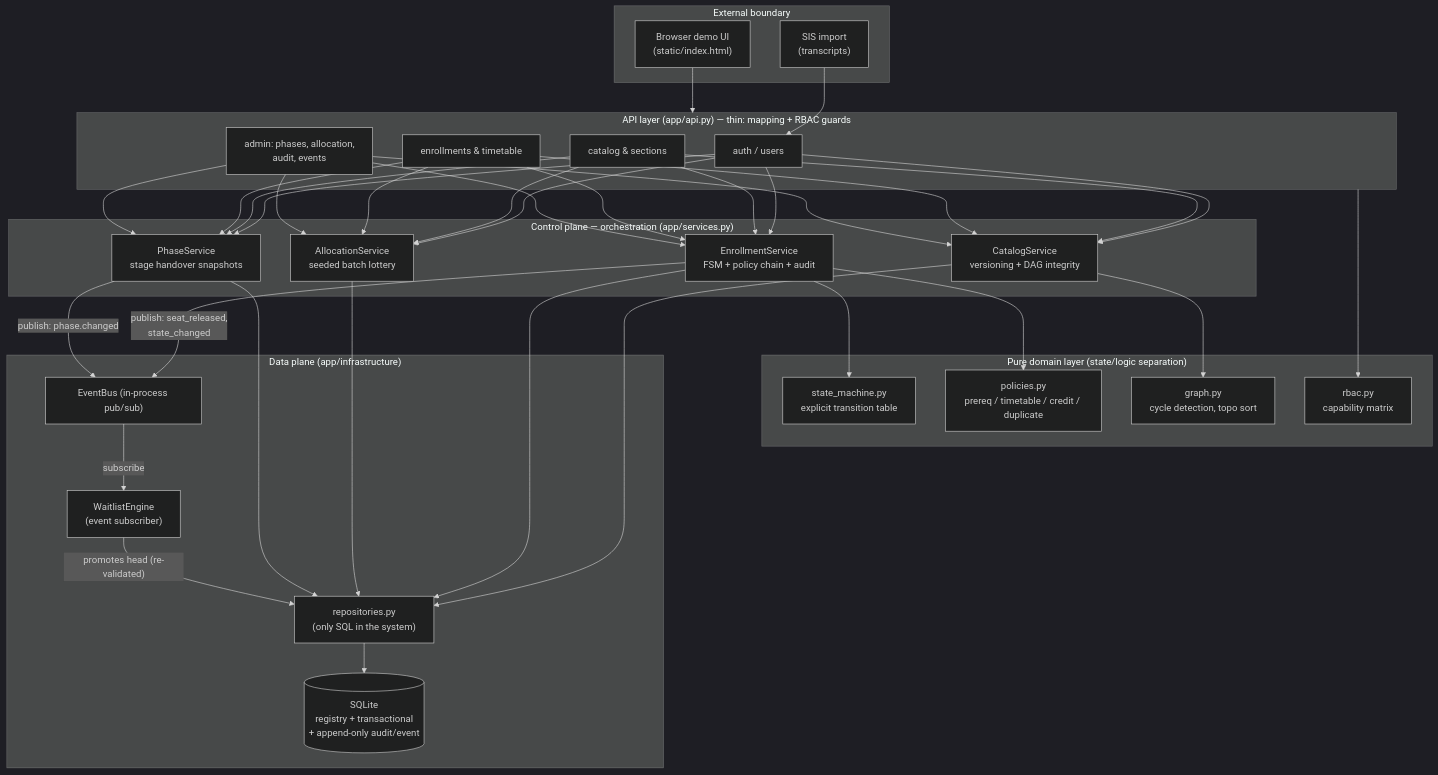
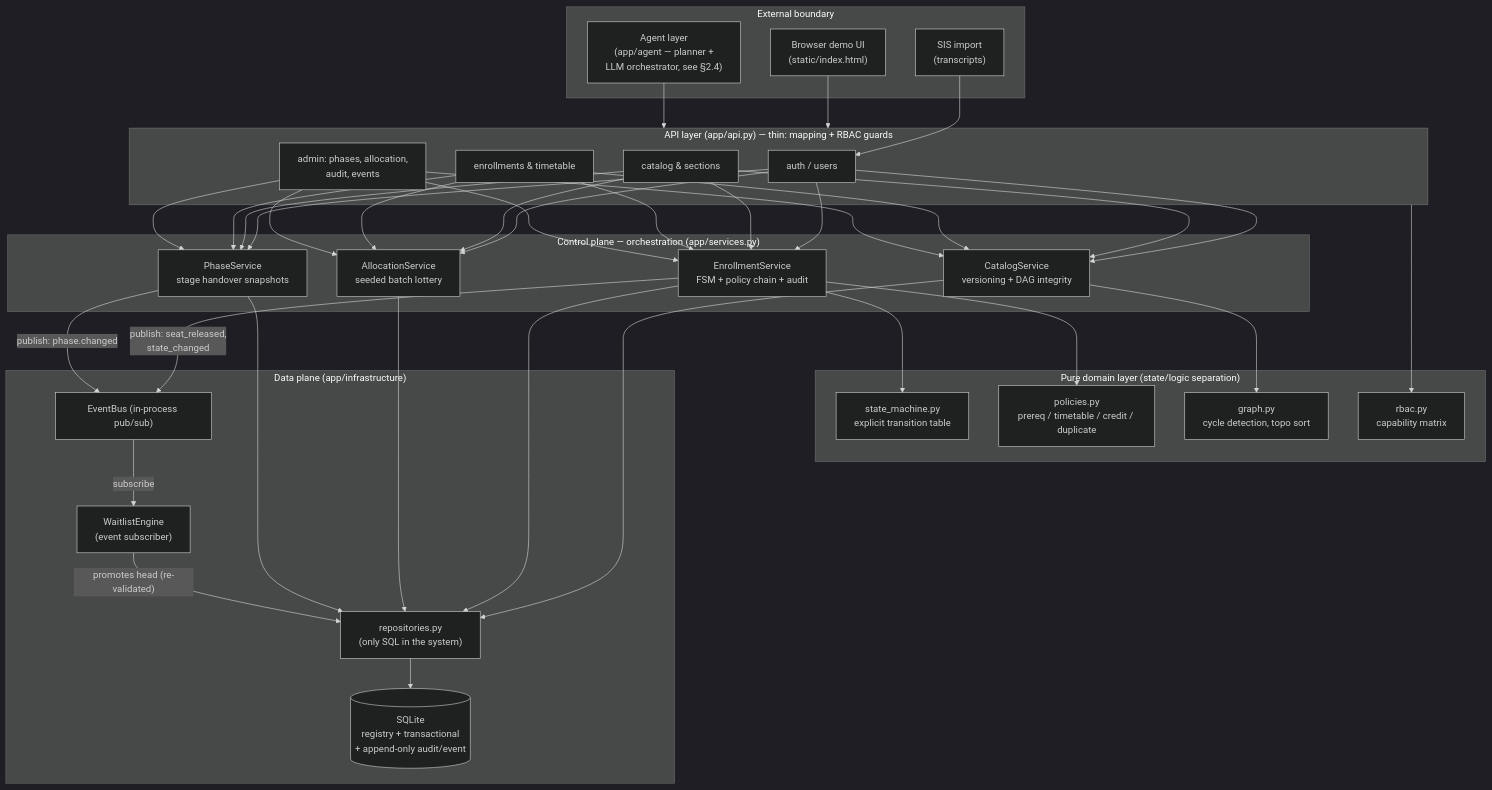
The first of 6 diagrams in docs/report.md (yuedu16night/courseflow), drawn with Mermaid (dark theme) before and after one commit. The commit also changed other lines of this file and 14 other files, not shown here.

````diff
--- a/docs/report.md
+++ b/docs/report.md
@@ -102,49 +107,51 @@
 ```mermaid
 flowchart TB
     subgraph Clients["External boundary"]
         UI["Browser demo UI<br/>(static/index.html)"]
+        AGENT["Agent layer<br/>(app/agent — planner +<br/>LLM orchestrator, see §2.4)"]
         SIS["SIS import<br/>(transcripts)"]
     end
 
     subgraph API["API layer (app/api.py) — thin: mapping + RBAC guards"]
         R1["auth / users"]
         R2["catalog & sections"]
         R3["enrollments & timetable"]
         R4["admin: phases, allocation,<br/>audit, events"]
     end
 
     subgraph Services["Control plane — orchestration (app/services.py)"]
         CAT["CatalogService<br/>versioning + DAG integrity"]
         ENR["EnrollmentService<br/>FSM + policy chain + audit"]
         ALLOC["AllocationService<br/>seeded batch lottery"]
         PH["PhaseService<br/>stage handover snapshots"]
     end
 
     subgraph Domain["Pure domain layer (state/logic separation)"]
         FSM["state_machine.py<br/>explicit transition table"]
         POL["policies.py<br/>prereq / timetable / credit / duplicate"]
         GR["graph.py<br/>cycle detection, topo sort"]
         RBAC["rbac.py<br/>capability matrix"]
     end
 
     subgraph Infra["Data plane (app/infrastructure)"]
         BUS["EventBus (in-process pub/sub)"]
         WL["WaitlistEngine<br/>(event subscriber)"]
         REPO["repositories.py<br/>(only SQL in the system)"]
         DB[("SQLite<br/>registry + transactional<br/>+ append-only audit/event")]
     end
 
     UI --> API
+    AGENT --> API
     SIS --> R1
     R1 & R2 & R3 & R4 --> CAT & ENR & ALLOC & PH
     ENR --> FSM
     ENR --> POL
     CAT --> GR
     API --> RBAC
     CAT & ENR & ALLOC & PH --> REPO
     REPO --> DB
     ENR -- "publish: seat_released,<br/>state_changed" --> BUS
     BUS -- "subscribe" --> WL
     WL -- "promotes head (re-validated)" --> REPO
     PH -- "publish: phase.changed" --> BUS
 ```
````
